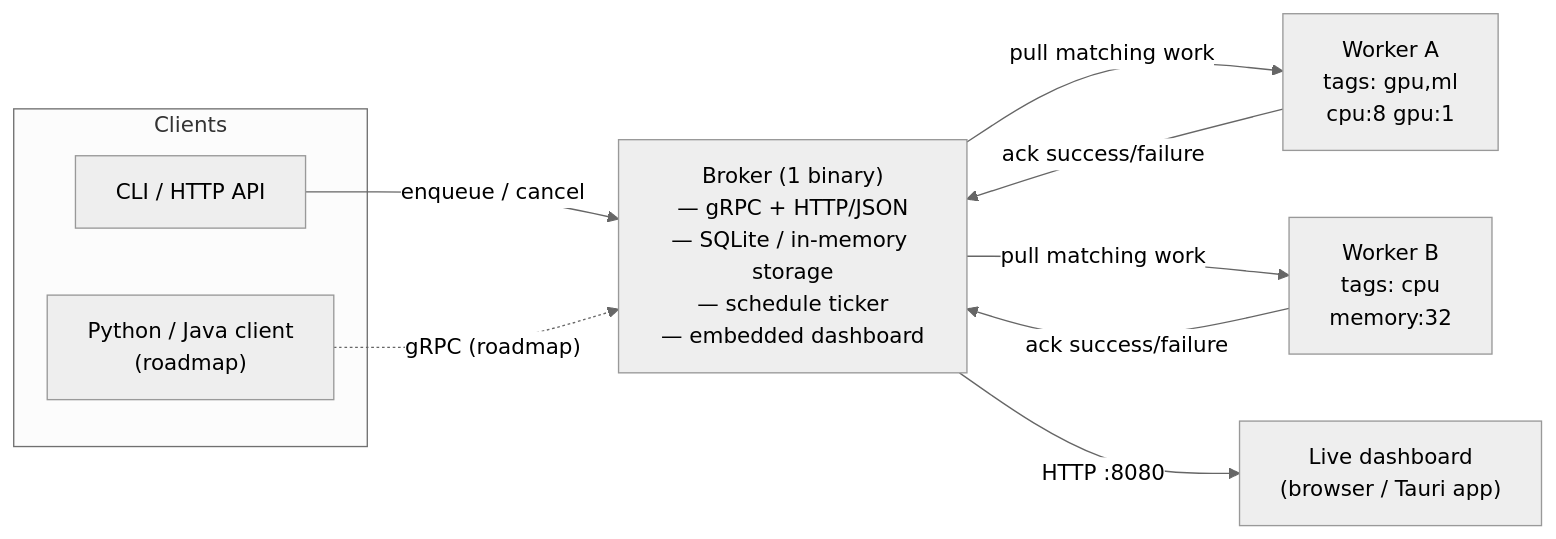
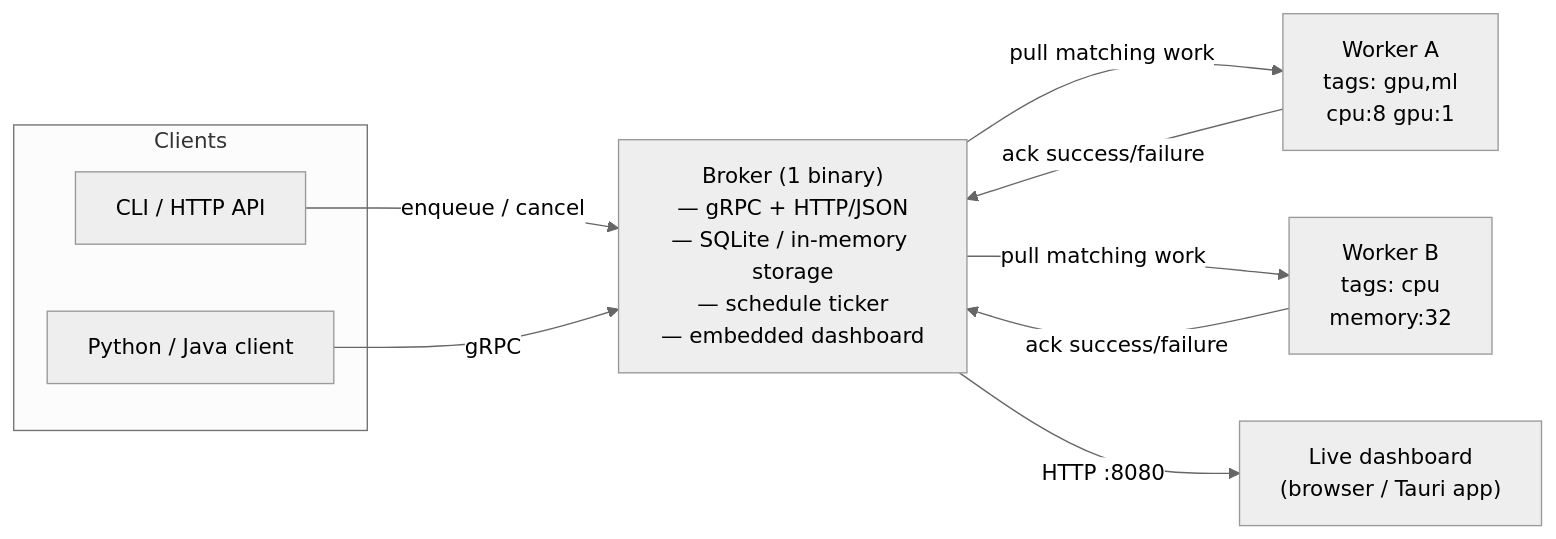
The first of 2 diagrams in README.md (ricardoleal20/ChopFlow), drawn with Mermaid (neutral theme) before and after one commit. The commit also changed other lines of this file and 3 other files, not shown here.

````diff
--- a/README.md
+++ b/README.md
@@ -103,19 +103,19 @@
 ```mermaid
 flowchart LR
     subgraph Clients
         CLI["CLI / HTTP API"]
-        PY["Python / Java client\n(roadmap)"]
+        PY["Python / Java client"]
     end
 
     BROKER["Broker (1 binary)\n— gRPC + HTTP/JSON\n— SQLite / in-memory storage\n— schedule ticker\n— embedded dashboard"]
     W1["Worker A\ntags: gpu,ml\ncpu:8 gpu:1"]
     W2["Worker B\ntags: cpu\nmemory:32"]
 
     CLI -->|"enqueue / cancel"| BROKER
-    PY -.->|"gRPC (roadmap)"| BROKER
+    PY -->|"gRPC"| BROKER
     BROKER -->|"pull matching work"| W1
     BROKER -->|"pull matching work"| W2
     W1 -->|"ack success/failure"| BROKER
     W2 -->|"ack success/failure"| BROKER
     BROKER -->|"HTTP :8080"| DASH["Live dashboard\n(browser / Tauri app)"]
 ```
````
